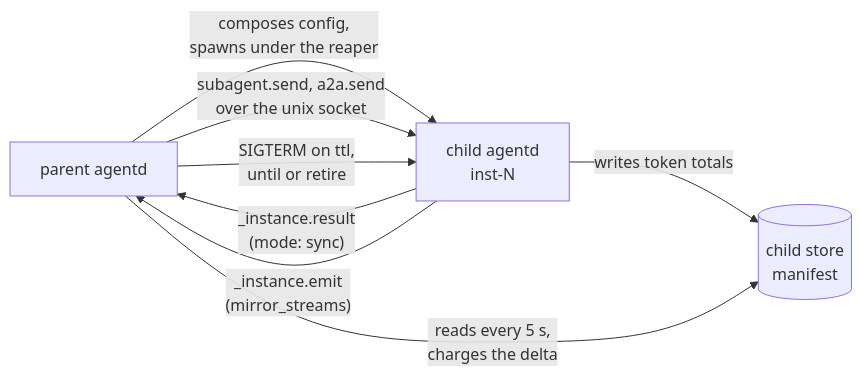
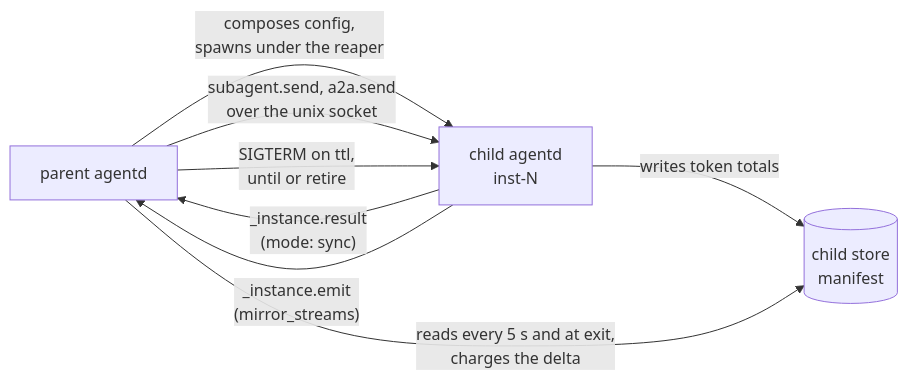
One commit to agentd-dev/source-code changed the fourth of 4 diagrams in docs/subagents.md. Above: the diagram before and after it, drawn with Mermaid. The commit also changed other lines of this file and 13 other files, not shown here.

````diff
--- a/docs/subagents.md
+++ b/docs/subagents.md
@@ -356,10 +356,10 @@
 ```mermaid
 flowchart LR
     P["parent agentd"] -- "composes config,<br/>spawns under the reaper" --> C["child agentd<br/>inst-N"]
     P -- "subagent.send, a2a.send<br/>over the unix socket" --> C
     C -- "_instance.result<br/>(mode: sync)" --> P
     C -- "_instance.emit<br/>(mirror_streams)" --> P
     C -- "writes token totals" --> M[("child store<br/>manifest")]
-    P -- "reads every 5 s,<br/>charges the delta" --> M
+    P -- "reads every 5 s and at exit,<br/>charges the delta" --> M
     P -- "SIGTERM on ttl,<br/>until or retire" --> C
 ```
````
